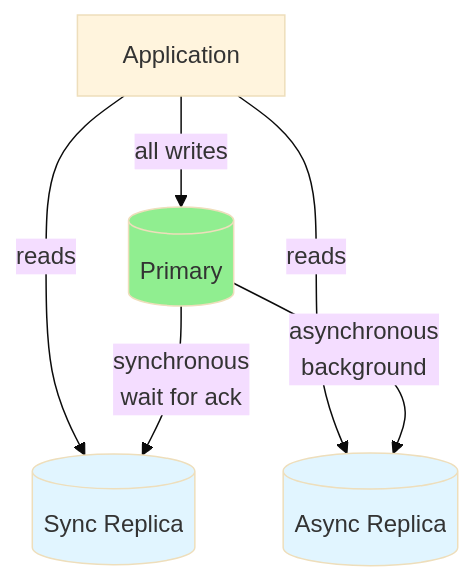
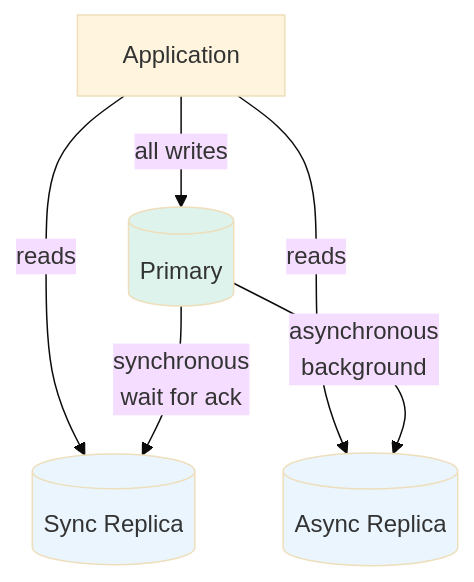
One commit to cartmancodes/InterviewVault changed the third of 5 diagrams in LLD/SystemDesign/DeepDives/Postgresql.md. Above: the diagram before and after it, drawn with Mermaid (base theme). The commit also changed other lines of this file and 679 other files, not shown here.

Commit message:
Unify content diagrams and add accessible visual walkthroughs

````diff
--- a/LLD/SystemDesign/DeepDives/Postgresql.md
+++ b/LLD/SystemDesign/DeepDives/Postgresql.md
@@ -395,13 +395,13 @@
 ```mermaid
 graph TB
     App[Application]
     App -->|all writes| P[("Primary")]
     App -->|reads| R1[("Sync Replica")]
     App -->|reads| R2[("Async Replica")]
     P -->|"synchronous<br/>wait for ack"| R1
     P -->|"asynchronous<br/>background"| R2
 
-    style P fill:#90EE90
-    style R1 fill:#e1f5ff
-    style R2 fill:#e1f5ff
+    style P fill:#DDF3EC
+    style R1 fill:#EAF5FD
+    style R2 fill:#EAF5FD
 ```
````
